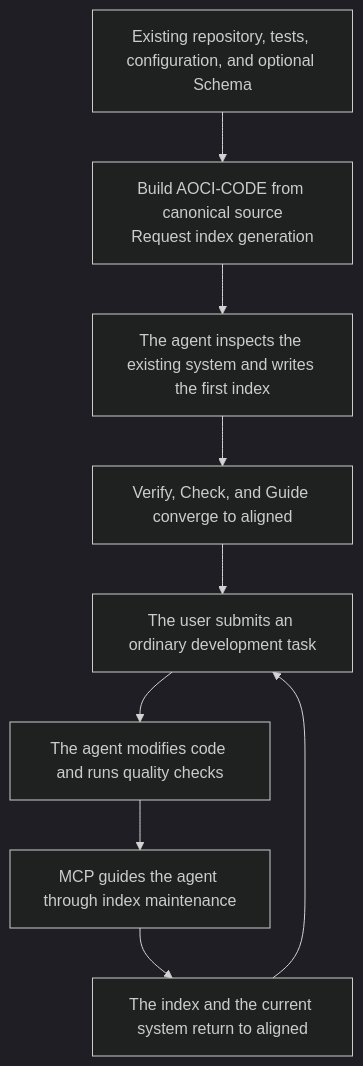
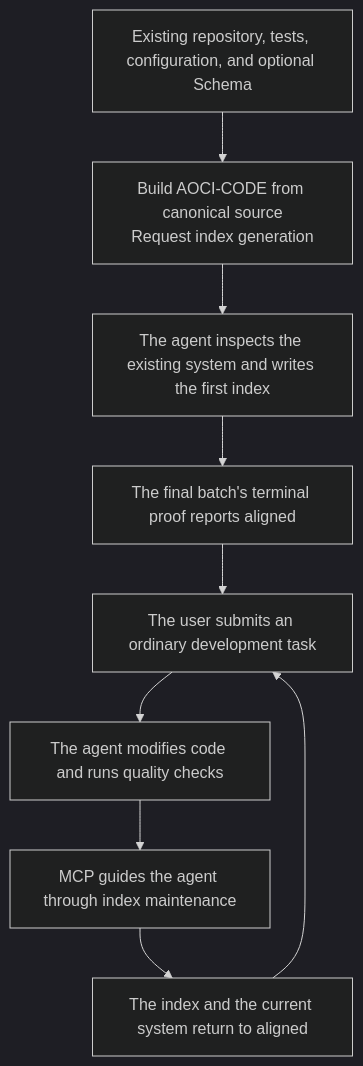
The second of 2 diagrams in README.md (aoci-spec/aoci-code), drawn with Mermaid (dark theme) before and after one commit. The commit also changed other lines of this file and 44 other files, not shown here.

````diff
--- a/README.md
+++ b/README.md
@@ -351,11 +351,11 @@
 ```mermaid
 flowchart TD
     R["Existing repository, tests, configuration, and optional Schema"] --> B["Build AOCI-CODE from canonical source<br/>Request index generation"]
     B --> E["The agent inspects the existing system and writes the first index"]
-    E --> V["Verify, Check, and Guide converge to aligned"]
+    E --> V["The final batch's terminal proof reports aligned"]
     V --> T["The user submits an ordinary development task"]
     T --> C["The agent modifies code and runs quality checks"]
     C --> U["MCP guides the agent through index maintenance"]
     U --> G["The index and the current system return to aligned"]
     G --> T
 ```
````
